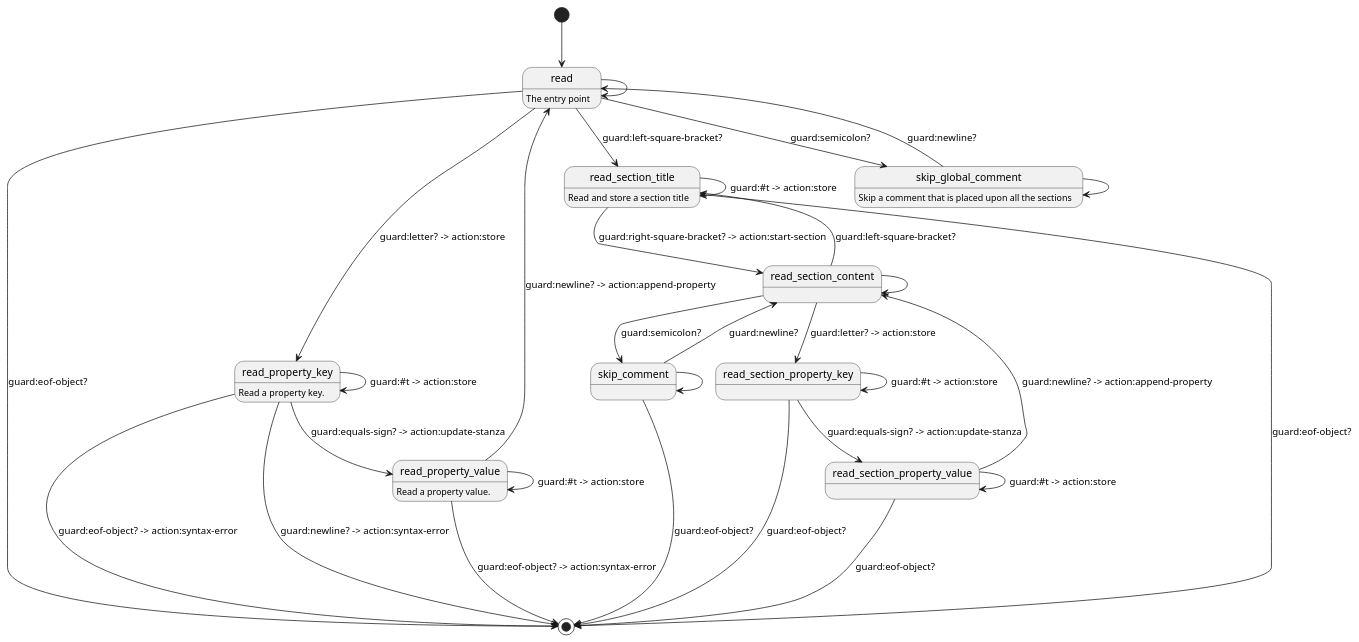
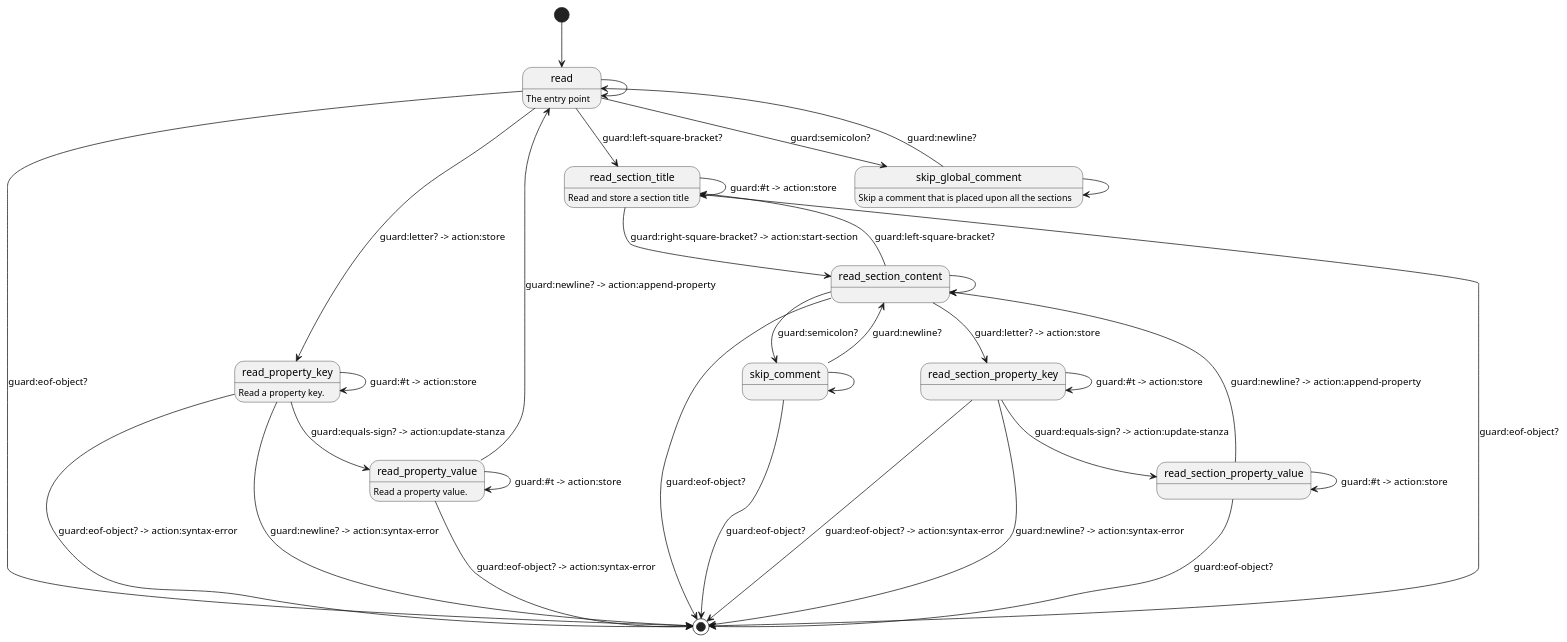
The diagram in modules/ini/fsm.puml (artyom-poptsov/guile-ini), drawn with PlantUML before and after one commit.

Commit message:
modules/ini/fsm.puml: Improve
* modules/ini/fsm.puml (read_section_content, read_section_property_key):
  Improve.

```diff
--- a/modules/ini/fsm.puml
+++ b/modules/ini/fsm.puml
@@ -1,48 +1,50 @@
 @startuml
 [*] --> read
 
 read: The entry point
 read ---> [*]: guard:eof-object?
 read --> skip_global_comment: guard:semicolon?
 read --> read_section_title: guard:left-square-bracket?
 read --> read_property_key: guard:letter? -> action:store
 read -> read
 
 read_property_key: Read a property key.
 read_property_key ---> [*]: guard:eof-object? -> action:syntax-error
 read_property_key ---> [*]: guard:newline? -> action:syntax-error
 read_property_key --> read_property_value: guard:equals-sign? -> action:update-stanza
 read_property_key -> read_property_key: guard:#t -> action:store
 
 read_property_value: Read a property value.
 read_property_value ---> [*]: guard:eof-object? -> action:syntax-error
 read_property_value --> read: guard:newline? -> action:append-property
 read_property_value -> read_property_value: guard:#t -> action:store
 
 ' Skip comments
 skip_global_comment: Skip a comment that is placed upon all the sections
 skip_global_comment --> read: guard:newline?
 skip_global_comment -> skip_global_comment
 
 read_section_title: Read and store a section title
 read_section_title --> [*]: guard:eof-object?
 read_section_title --> read_section_content: guard:right-square-bracket? -> action:start-section
 read_section_title --> read_section_title: guard:#t -> action:store
 
+read_section_content ---> [*]: guard:eof-object?
 read_section_content --> skip_comment: guard:semicolon?
 read_section_content --> read_section_property_key: guard:letter? -> action:store
 read_section_content --> read_section_title: guard:left-square-bracket?
 read_section_content -> read_section_content
 
 skip_comment --> [*]: guard:eof-object?
 skip_comment --> read_section_content: guard:newline?
 skip_comment -> skip_comment
 
-read_section_property_key ---> [*]: guard:eof-object?
+read_section_property_key ---> [*]: guard:eof-object? -> action:syntax-error
+read_section_property_key ---> [*]: guard:newline? -> action:syntax-error
 read_section_property_key --> read_section_property_value: guard:equals-sign? -> action:update-stanza
 read_section_property_key -> read_section_property_key: guard:#t -> action:store
 
 read_section_property_value ---> [*]: guard:eof-object?
 read_section_property_value --> read_section_content: guard:newline? -> action:append-property
 read_section_property_value -> read_section_property_value: guard:#t -> action:store
 @enduml
```
